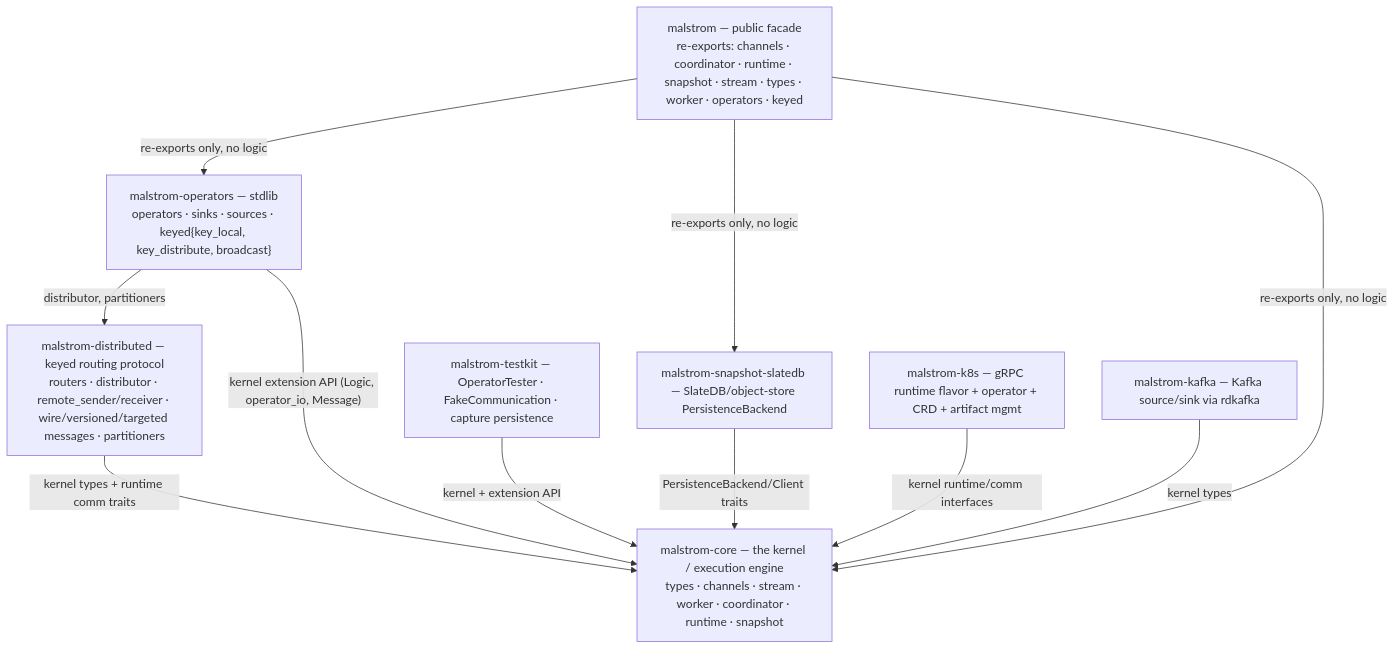
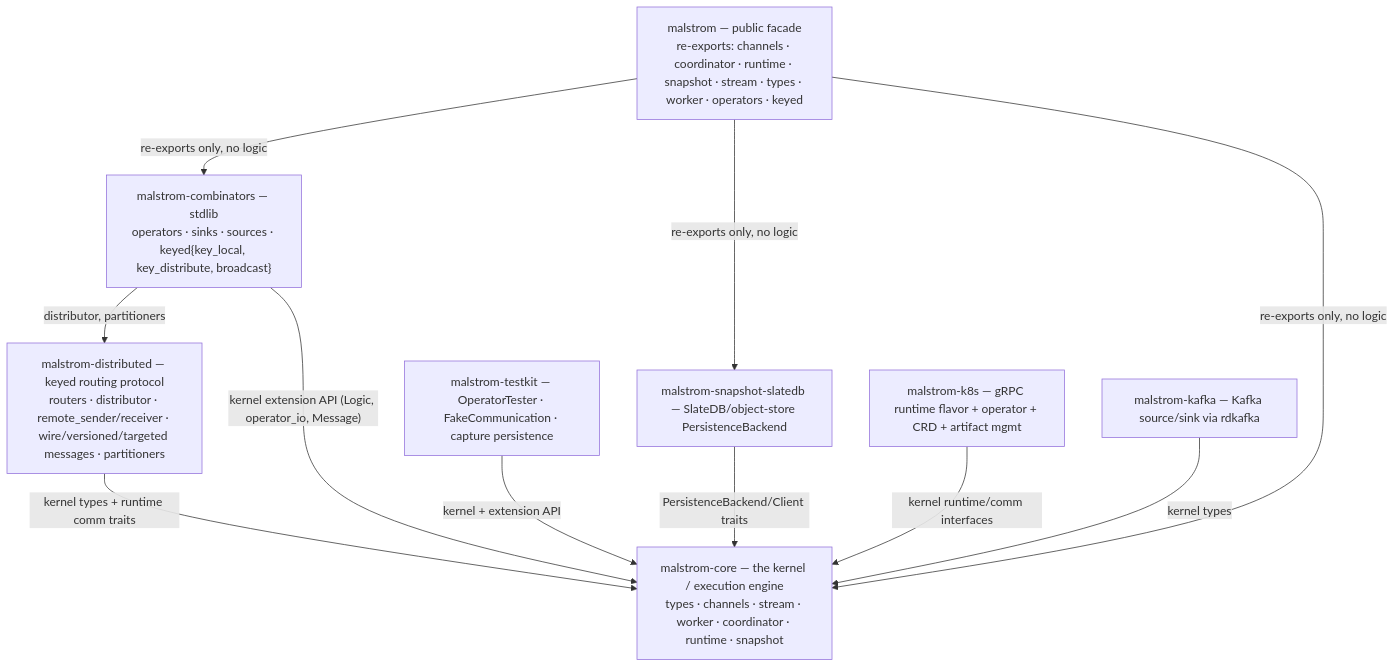
The first of 5 diagrams in docs/overviews/05-architecture.md (nrdhm/malstrom), drawn with Mermaid before and after one commit. The commit also changed 99 other files, not shown here.

First line of the commit message:
refactor: rename malstrom-operators to malstrom-combinators

````diff
--- a/docs/overviews/05-architecture.md
+++ b/docs/overviews/05-architecture.md
@@ -37,20 +37,20 @@
 ```mermaid
 graph TD
     facade["malstrom — public facade<br/>re-exports: channels · coordinator · runtime · snapshot · stream · types · worker · operators · keyed"]
     core["malstrom-core — the kernel / execution engine<br/>types · channels · stream · worker · coordinator · runtime · snapshot"]
     dist["malstrom-distributed — keyed routing protocol<br/>routers · distributor · remote_sender/receiver · wire/versioned/targeted messages · partitioners"]
-    ops["malstrom-operators — stdlib<br/>operators · sinks · sources · keyed{key_local, key_distribute, broadcast}"]
+    ops["malstrom-combinators — stdlib<br/>operators · sinks · sources · keyed{key_local, key_distribute, broadcast}"]
     tk["malstrom-testkit — OperatorTester · FakeCommunication · capture persistence"]
     ss["malstrom-snapshot-slatedb — SlateDB/object-store PersistenceBackend"]
     k8s["malstrom-k8s — gRPC runtime flavor + operator + CRD + artifact mgmt"]
     kafka["malstrom-kafka — Kafka source/sink via rdkafka"]
 
     dist -->|"kernel types + runtime comm traits"| core
     ops -->|"kernel extension API (Logic, operator_io, Message)"| core
     ops -->|"distributor, partitioners"| dist
     tk -->|"kernel + extension API"| core
     ss -->|"PersistenceBackend/Client traits"| core
     k8s -->|"kernel runtime/comm interfaces"| core
     kafka -->|"kernel types"| core
     facade -->|"re-exports only, no logic"| core & ops & ss
 ```
````
